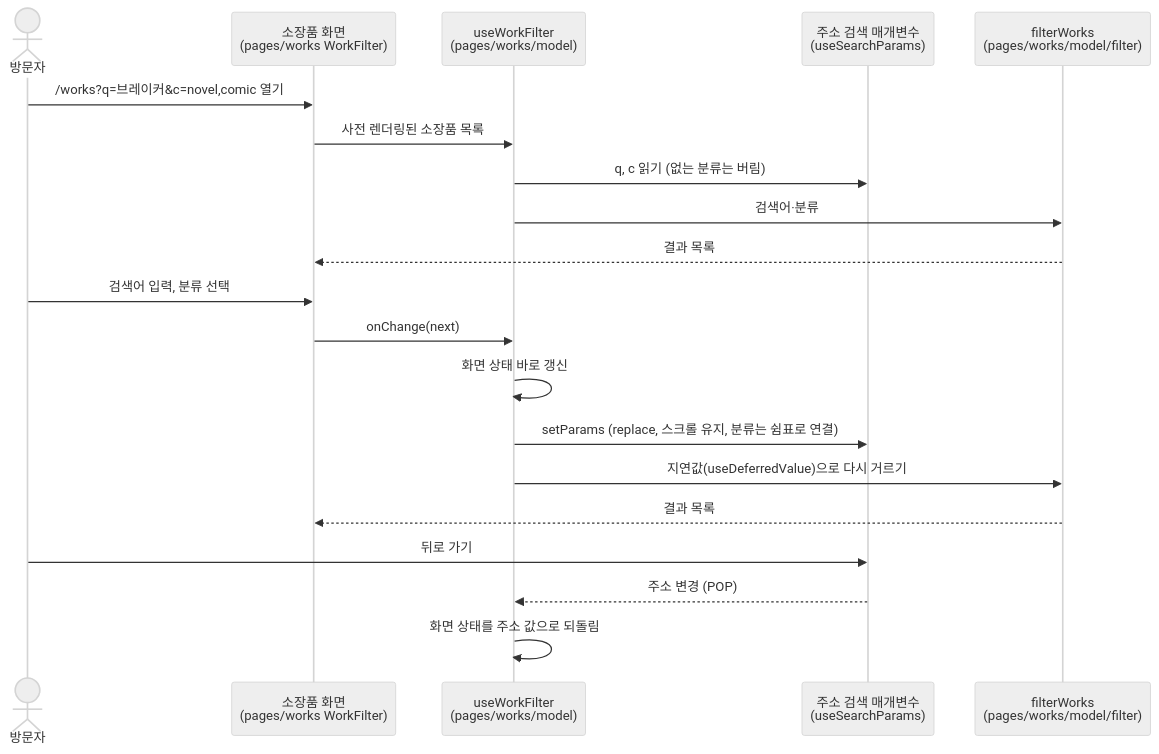
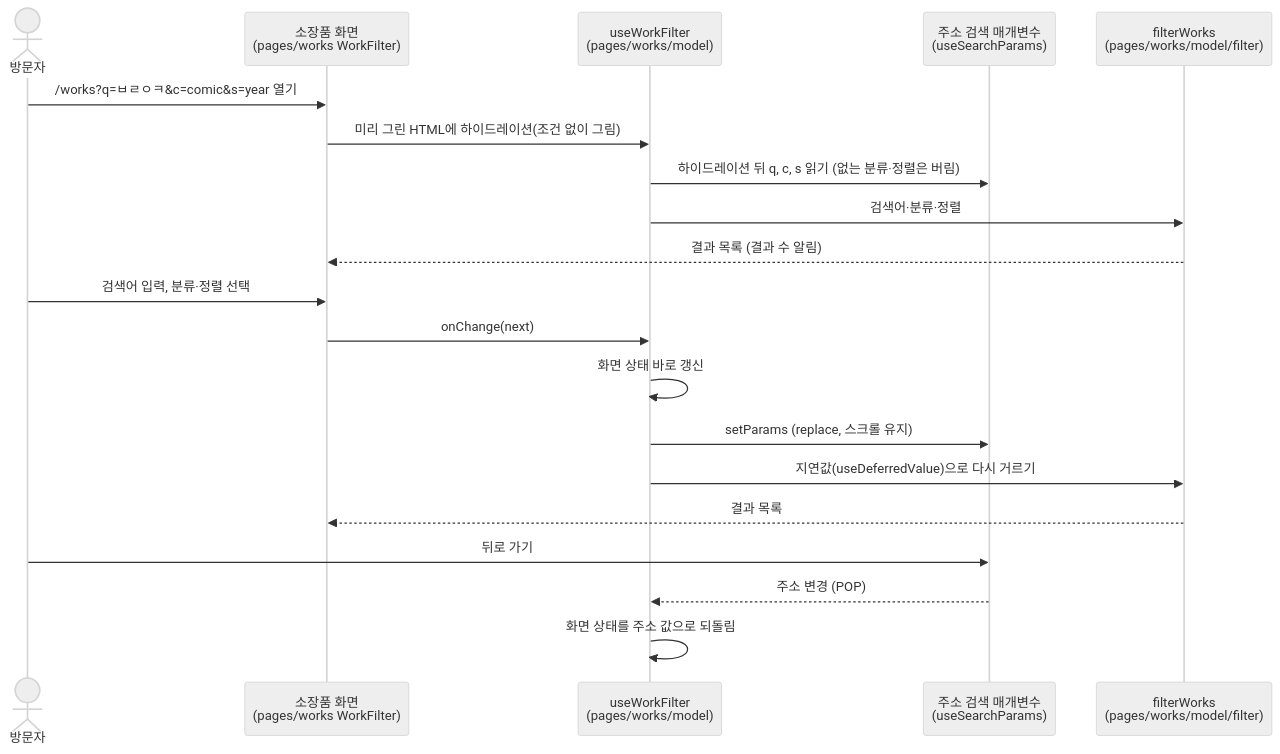
The second of 3 diagrams in docs/sequence-diagrams.md (ryushin01/Fanatic-Museum), drawn with Mermaid (neutral theme) before and after one commit. The commit also changed other lines of this file and 52 other files, not shown here.

````diff
--- a/docs/sequence-diagrams.md
+++ b/docs/sequence-diagrams.md
@@ -51,23 +53,23 @@
 ```mermaid
 sequenceDiagram
     actor 방문자
     participant 화면 as 소장품 화면<br/>(pages/works WorkFilter)
     participant 훅 as useWorkFilter<br/>(pages/works/model)
     participant 주소 as 주소 검색 매개변수<br/>(useSearchParams)
     participant 거르기 as filterWorks<br/>(pages/works/model/filter)
 
-    방문자->>화면: /works?q=브레이커&c=novel,comic 열기
-    화면->>훅: 사전 렌더링된 소장품 목록
-    훅->>주소: q, c 읽기 (없는 분류는 버림)
-    훅->>거르기: 검색어·분류
-    거르기-->>화면: 결과 목록
-    방문자->>화면: 검색어 입력, 분류 선택
+    방문자->>화면: /works?q=ㅂㄹㅇㅋ&c=comic&s=year 열기
+    화면->>훅: 미리 그린 HTML에 하이드레이션(조건 없이 그림)
+    훅->>주소: 하이드레이션 뒤 q, c, s 읽기 (없는 분류·정렬은 버림)
+    훅->>거르기: 검색어·분류·정렬
+    거르기-->>화면: 결과 목록 (결과 수 알림)
+    방문자->>화면: 검색어 입력, 분류·정렬 선택
     화면->>훅: onChange(next)
     훅->>훅: 화면 상태 바로 갱신
-    훅->>주소: setParams (replace, 스크롤 유지, 분류는 쉼표로 연결)
+    훅->>주소: setParams (replace, 스크롤 유지)
     훅->>거르기: 지연값(useDeferredValue)으로 다시 거르기
     거르기-->>화면: 결과 목록
     방문자->>주소: 뒤로 가기
     주소-->>훅: 주소 변경 (POP)
     훅->>훅: 화면 상태를 주소 값으로 되돌림
 ```
````
